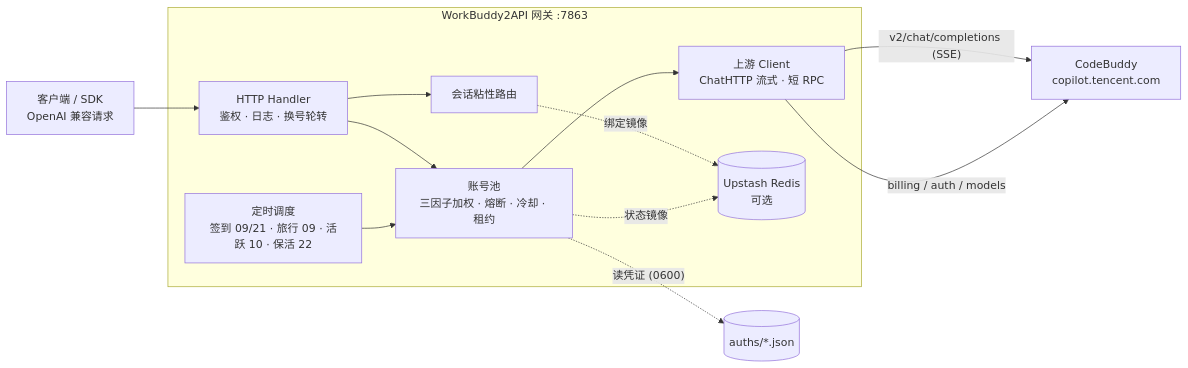
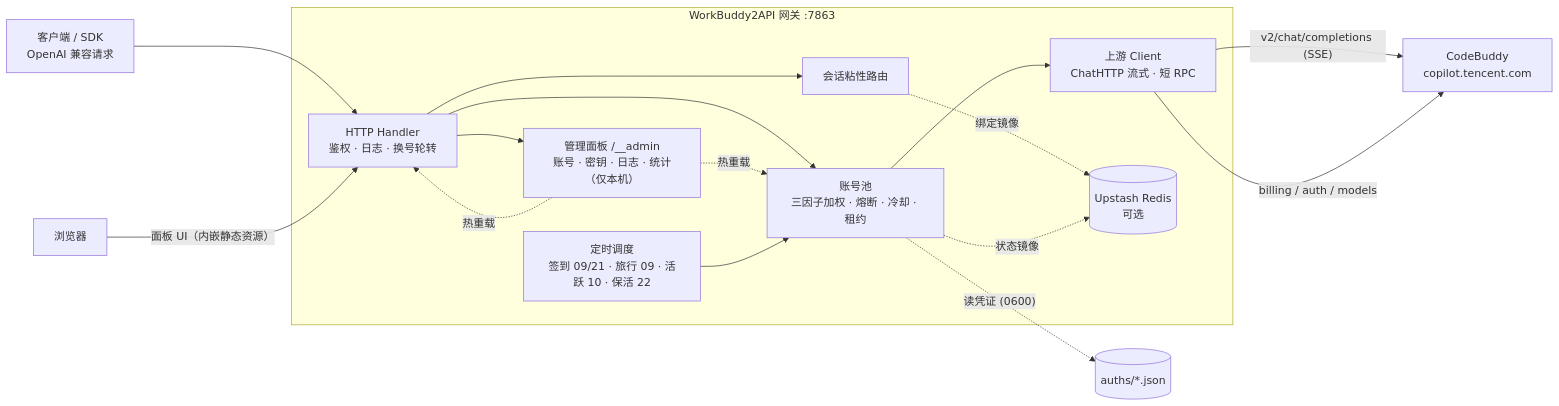
One commit to 706412584/workbuddy2api changed the diagram in README.md. Above: the diagram before and after it, drawn with Mermaid. The commit also changed other lines of this file and 16 other files, not shown here.

````diff
--- a/README.md
+++ b/README.md
@@ -50,18 +50,22 @@
 ```mermaid
 flowchart LR
     Client["客户端 / SDK\nOpenAI 兼容请求"] --> H
 
     subgraph GWI["WorkBuddy2API 网关 :7863"]
         H["HTTP Handler\n鉴权 · 日志 · 换号轮转"] --> P
         H --> S
+        H --> ADMIN["管理面板 /__admin\n账号 · 密钥 · 日志 · 统计（仅本机）"]
+        ADMIN -. "热重载" .-> P
+        ADMIN -. "热重载" .-> H
         P["账号池\n三因子加权 · 熔断 · 冷却 · 租约"] --> U
         S["会话粘性路由"] -.绑定镜像.-> REDIS
         T["定时调度\n签到 09/21 · 旅行 09 · 活跃 10 · 保活 22"] --> P
         U["上游 Client\nChatHTTP 流式 · 短 RPC"]
     end
 
     P -. "读凭证 (0600)" .-> AUTH[("auths/*.json")]
     P -. "状态镜像" .-> REDIS[("Upstash Redis\n可选")]
     U -->|"v2/chat/completions (SSE)"| CB["CodeBuddy\ncopilot.tencent.com"]
     U -->|"billing / auth / models"| CB
+    Browser["浏览器"] -->|"面板 UI（内嵌静态资源）"| H
 ```
````
